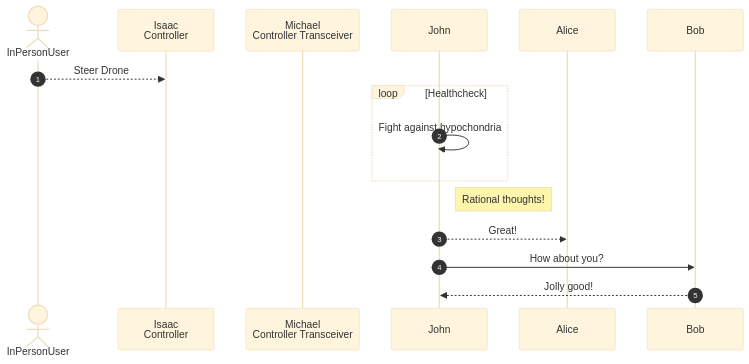
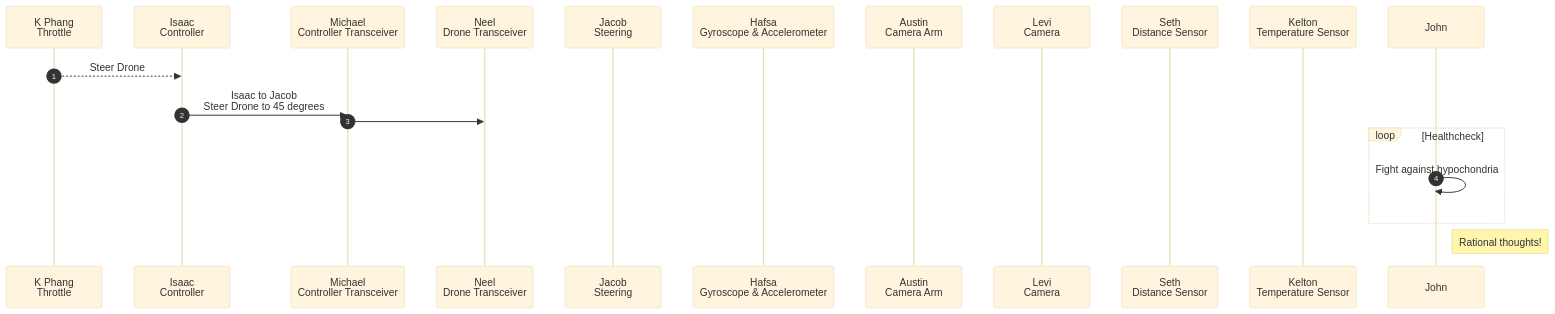
Before and after one commit to HFSKSN/hfsksn.github.io: the fourth of 4 diagrams in docs/Appendix/04-Examples-to-Remove/charts.md, drawn with Mermaid (base theme).

````diff
--- a/docs/Appendix/04-Examples-to-Remove/charts.md
+++ b/docs/Appendix/04-Examples-to-Remove/charts.md
@@ -43,20 +43,23 @@
 ``` mermaid
 sequenceDiagram
   autonumber
   actor P as InPersonUser
   participant I as Isaac<br/>Controller
   participant M as Michael<br/>Controller Transceiver
-  participant I as Isaac<br/>Controller
-  participant I as Isaac<br/>Controller
-  participant I as Isaac<br/>Controller
-  participant I as Isaac<br/>Controller
+  participant N as Neel<br/>Drone Transceiver
+  participant P as K Phang<br/>Throttle
+  participant J as Jacob<br/>Steering
+  participant H as Hafsa<br/>Gyroscope & Accelerometer
+  participant A as Austin<br/>Camera Arm
+  participant L as Levi<br/>Camera
+  participant S as Seth<br/>Distance Sensor
+  participant K as Kelton<br/>Temperature Sensor
 
   P-->>I: Steer Drone
+  I->>M: Isaac to Jacob<br/>Steer Drone to 45 degrees
+  M->>N: 
   loop Healthcheck
       John->>John: Fight against hypochondria
   end
   Note right of John: Rational thoughts!
-  John-->>Alice: Great!
-  John->>Bob: How about you?
-  Bob-->>John: Jolly good!
 ```
````
